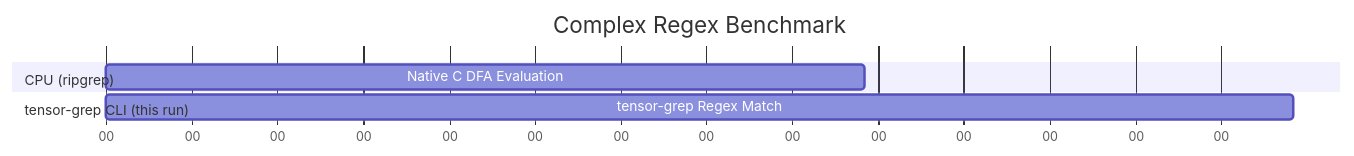
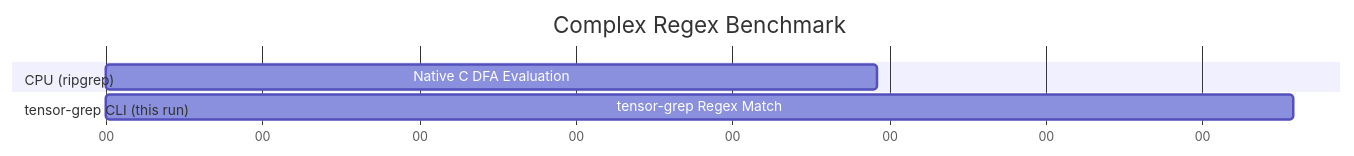
One commit to oimiragieo/tensor-grep changed the second of 3 diagrams in docs/PAPER.md. Above: the diagram before and after it, drawn with Mermaid. The commit also changed other lines of this file and 1 other file, not shown here.

````diff
--- a/docs/PAPER.md
+++ b/docs/PAPER.md
@@ -101,12 +101,12 @@
 ```mermaid
 gantt
     title Complex Regex Benchmark
     dateFormat  s
     axisFormat %S
     
     section CPU (ripgrep)
-    Native C DFA Evaluation :a1, 0, 0.442s
+    Native C DFA Evaluation :a1, 0, 0.492s
     
     section tensor-grep CLI (this run)
-    tensor-grep Regex Match :a2, 0, 0.692s
+    tensor-grep Regex Match :a2, 0, 0.758s
 ```
````
